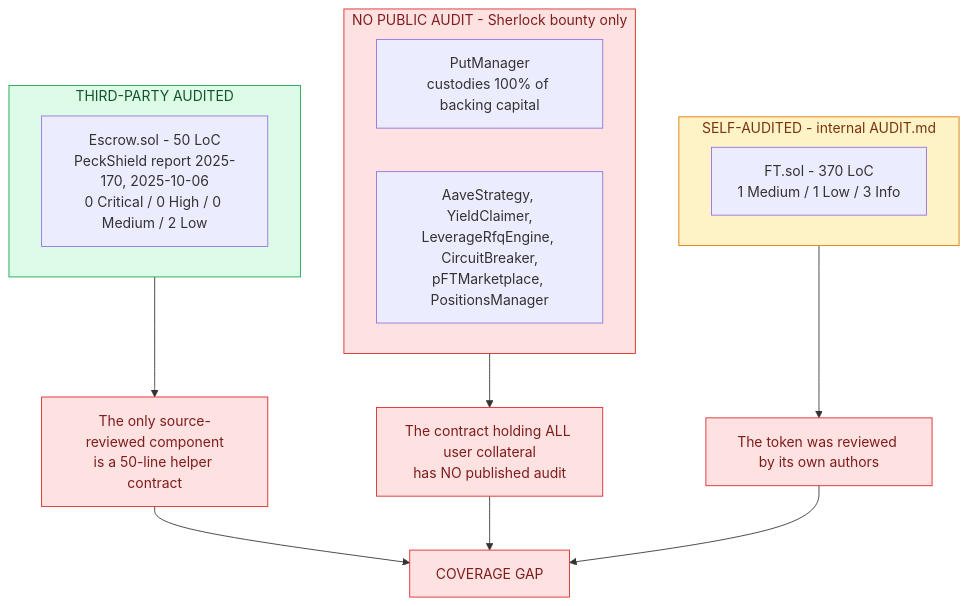
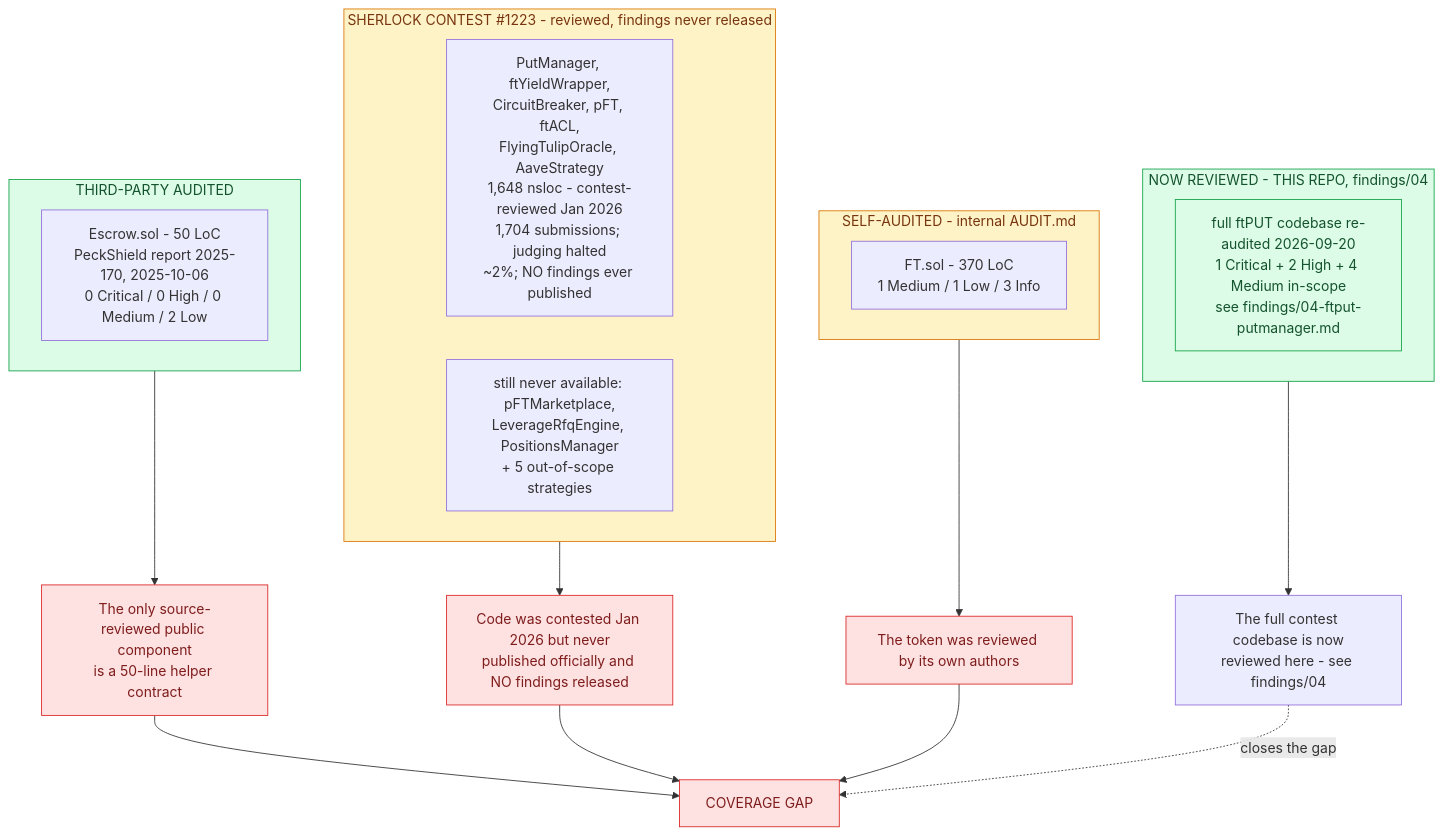
Before and after one commit to m0n3r0/flying-tulip-audit: the third of 6 diagrams in reports/FINAL_REPORT.md, drawn with Mermaid. The commit also changed other lines of this file and 111 other files, not shown here.

````diff
--- a/reports/FINAL_REPORT.md
+++ b/reports/FINAL_REPORT.md
@@ -160,29 +179,38 @@
 ```mermaid
 flowchart TB
     subgraph AUDITED["THIRD-PARTY AUDITED"]
         E["Escrow.sol - 50 LoC<br/>PeckShield report 2025-170, 2025-10-06<br/>0 Critical / 0 High / 0 Medium / 2 Low"]
     end
 
     subgraph SELF["SELF-AUDITED - internal AUDIT.md"]
         T["FT.sol - 370 LoC<br/>1 Medium / 1 Low / 3 Info"]
     end
 
-    subgraph NONE["NO PUBLIC AUDIT - Sherlock bounty only"]
-        P["PutManager<br/>custodies 100% of backing capital"]
-        S["AaveStrategy, YieldClaimer,<br/>LeverageRfqEngine, CircuitBreaker,<br/>pFTMarketplace, PositionsManager"]
+    subgraph CONTEST["SHERLOCK CONTEST #1223 - reviewed, findings never released"]
+        P["PutManager, ftYieldWrapper,<br/>CircuitBreaker, pFT, ftACL,<br/>FlyingTulipOracle, AaveStrategy<br/>1,648 nsloc - contest-reviewed Jan 2026<br/>1,704 submissions; judging halted<br/>~2%; NO findings ever published"]
+        S["still never available: pFTMarketplace,<br/>LeverageRfqEngine, PositionsManager<br/>+ 5 out-of-scope strategies"]
     end
 
-    AUDITED --> G1["The only source-reviewed component<br/>is a 50-line helper contract"]
-    NONE --> G2["The contract holding ALL user collateral<br/>has NO published audit"]
-    SELF --> G3["The token was reviewed by its own authors"]
+    subgraph NOW["NOW REVIEWED - THIS REPO, findings/04"]
+        R["full ftPUT codebase re-audited 2026-09-20<br/>1 Critical + 2 High + 4 Medium in-scope<br/>see findings/04-ftput-putmanager.md"]
+    end
+
+    AUDITED --> G1["The only source-reviewed public component<br/>is a 50-line helper contract"]
+    CONTEST --> G2["Code was contested Jan 2026 but never<br/>published officially and NO findings released"]
+    NOW --> G3["The full contest codebase is now<br/>reviewed here - see findings/04"]
+    SELF --> G4["The token was reviewed by its own authors"]
 
     G1 --> CONC["COVERAGE GAP"]
     G2 --> CONC
-    G3 --> CONC
+    G4 --> CONC
+    G3 -.->|"closes the gap"| CONC
 
     style AUDITED fill:#dcfce7,stroke:#16a34a,color:#14532d
     style SELF fill:#fef3c7,stroke:#d97706,color:#78350f
-    style NONE fill:#fee2e2,stroke:#dc2626,color:#7f1d1d
+    style CONTEST fill:#fef3c7,stroke:#d97706,color:#78350f
+    style NOW fill:#dcfce7,stroke:#16a34a,color:#14532d
     classDef bad fill:#fee2e2,stroke:#dc2626,color:#7f1d1d
-    class G1,G2,G3,CONC bad
+    classDef goodtext fill:#dcfce7,stroke:#16a34a,color:#14532d
+    class G1,G2,G4,CONC bad
+    class R goodtext
 ```
````
